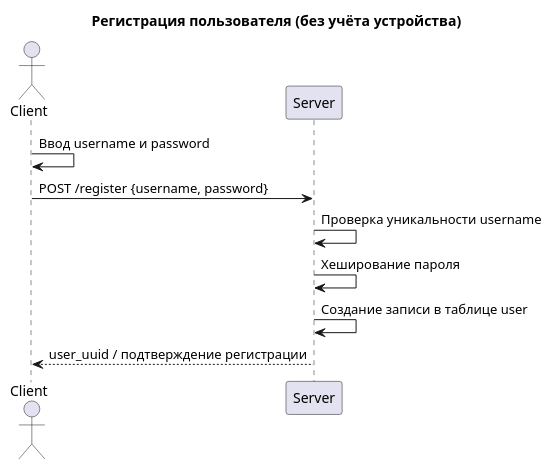
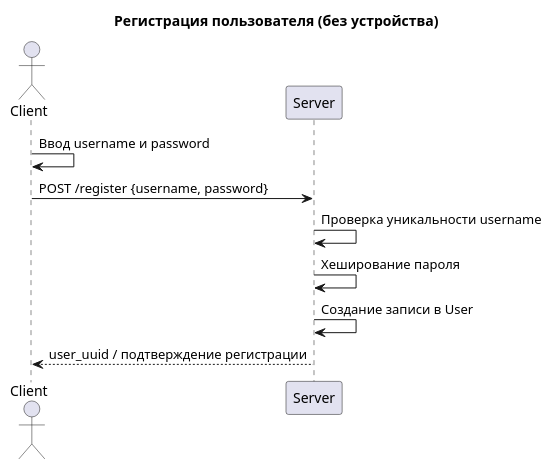
One commit to sbilibin2017/bil-message changed the diagram in docs/register.puml. Above: the diagram before and after it, drawn with PlantUML. The commit also changed 6 other files, not shown here.

Commit message:
Updated register, device, login diagrams

```diff
--- a/docs/register.puml
+++ b/docs/register.puml
@@ -1,15 +1,15 @@
 @startuml
-title Регистрация пользователя (без учёта устройства)
+title Регистрация пользователя (без устройства)
 
 actor Client
 participant Server
 
 Client -> Client: Ввод username и password
 Client -> Server: POST /register {username, password}
 
 Server -> Server: Проверка уникальности username
 Server -> Server: Хеширование пароля
-Server -> Server: Создание записи в таблице user
+Server -> Server: Создание записи в User
+
 Server --> Client: user_uuid / подтверждение регистрации
-
 @enduml
```
